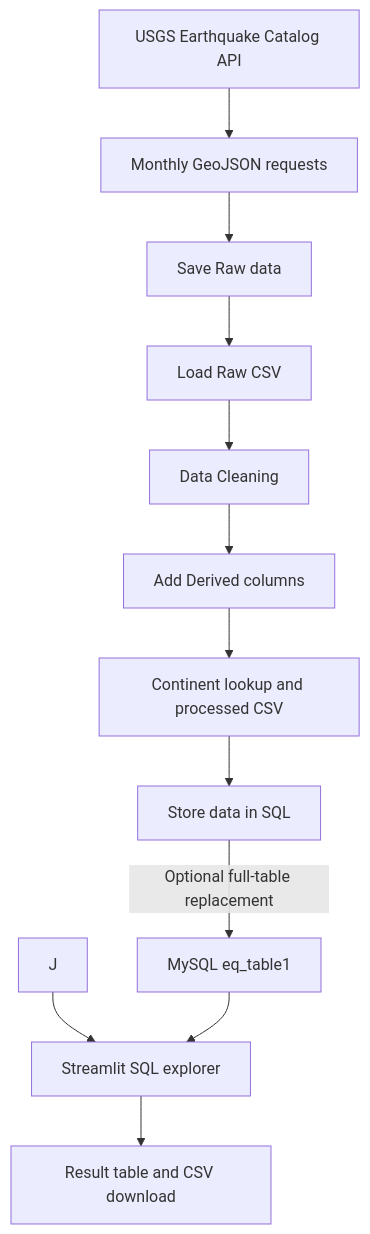
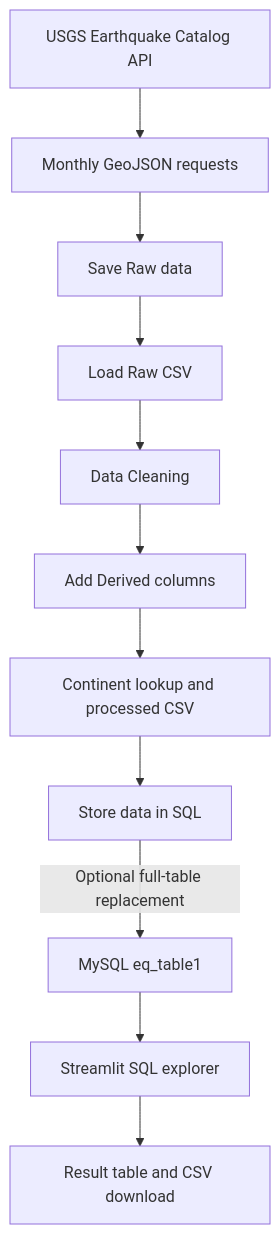
One commit to Vishal2010s/Global-Seismic-Trends-Earthquake-Data-Analysis changed the diagram in README.md. Above: the diagram before and after it, drawn with Mermaid.

Commit message:
Update README to clarify Streamlit SQL explorer flow

````diff
--- a/README.md
+++ b/README.md
@@ -83,14 +83,13 @@
 ```mermaid
 flowchart TD
     A[USGS Earthquake Catalog API] --> B[Monthly GeoJSON requests]
     B --> C[Save Raw data]
     C --> D[Load Raw CSV]
     D --> E[Data Cleaning]
     E --> F[Add Derived columns]
     F --> G[Continent lookup and processed CSV]
     G --> H[Store data in SQL]
     H -->|Optional full-table replacement| I[MySQL eq_table1]
-    J --> K[Streamlit SQL explorer]
-    I --> K
+    I --> K[Streamlit SQL explorer]
     K --> L[Result table and CSV download]
 ```
````
